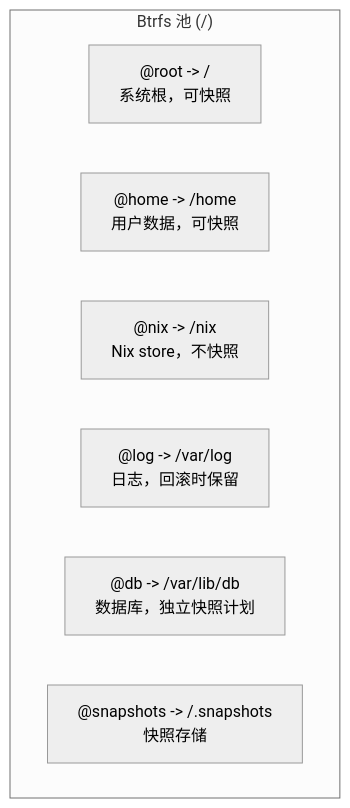
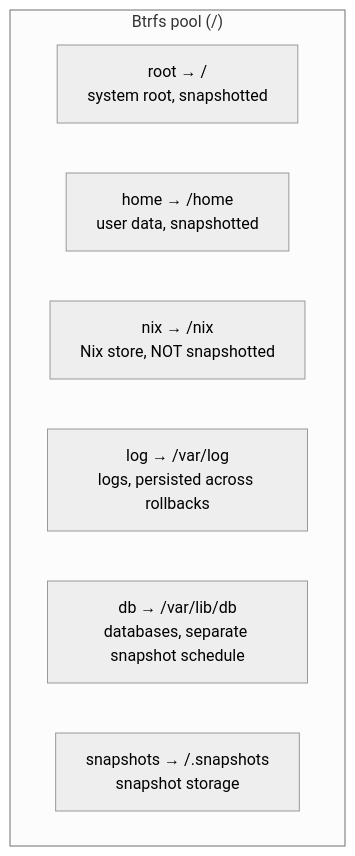
The tenth of 12 diagrams in i18n/zh/docusaurus-plugin-content-docs/current/architecture.md (stars-labs/self-healing-nixos-infra), drawn with Mermaid (neutral theme) before and after one commit. The commit also changed other lines of this file and 15 other files, not shown here.

First line of the commit message:
Fix Mermaid parse errors in Chinese docs

````diff
--- a/i18n/zh/docusaurus-plugin-content-docs/current/architecture.md
+++ b/i18n/zh/docusaurus-plugin-content-docs/current/architecture.md
@@ -629,11 +629,11 @@
 ```mermaid
 flowchart TB
-    subgraph Btrfs["Btrfs 池 (/)"]
-        A["@root -> /<br/>系统根，可快照"]
-        B["@home -> /home<br/>用户数据，可快照"]
-        C["@nix -> /nix<br/>Nix store，不快照"]
-        D["@log -> /var/log<br/>日志，回滚时保留"]
-        E["@db -> /var/lib/db<br/>数据库，独立快照计划"]
-        F["@snapshots -> /.snapshots<br/>快照存储"]
+    subgraph Btrfs["Btrfs pool (/)"]
+        A["root → /<br/>system root, snapshotted"]
+        B["home → /home<br/>user data, snapshotted"]
+        C["nix → /nix<br/>Nix store, NOT snapshotted"]
+        D["log → /var/log<br/>logs, persisted across rollbacks"]
+        E["db → /var/lib/db<br/>databases, separate snapshot schedule"]
+        F["snapshots → /.snapshots<br/>snapshot storage"]
     end
 ```
````
